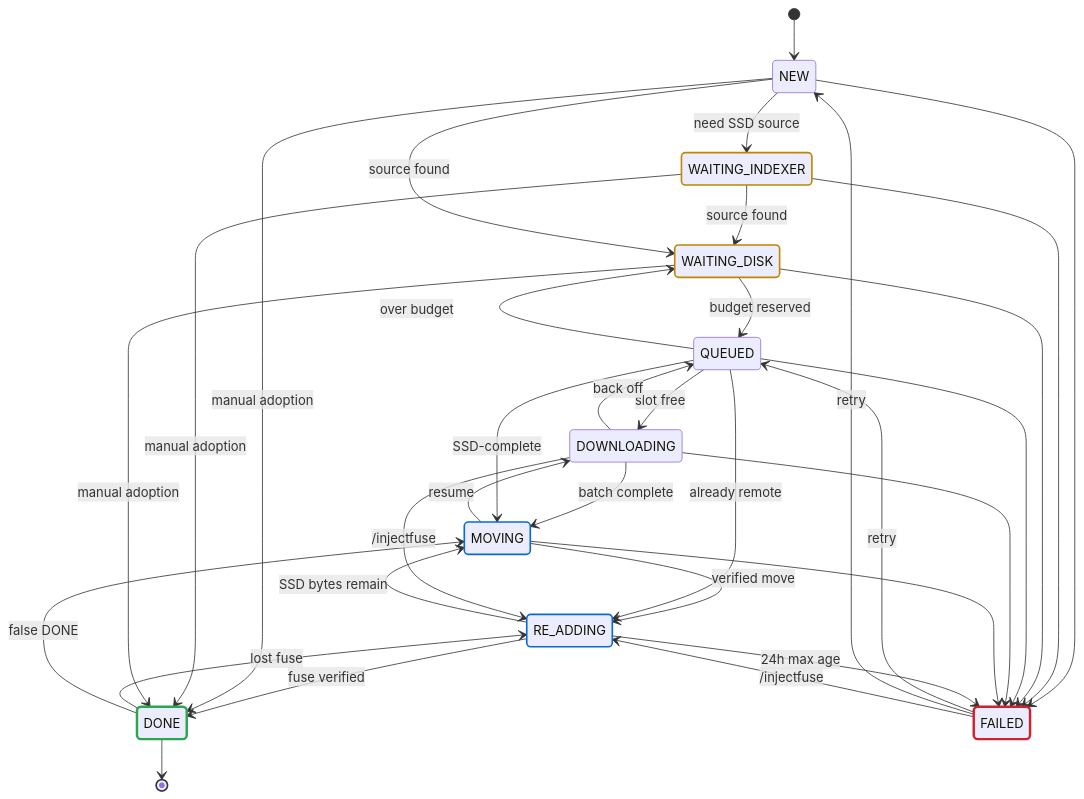
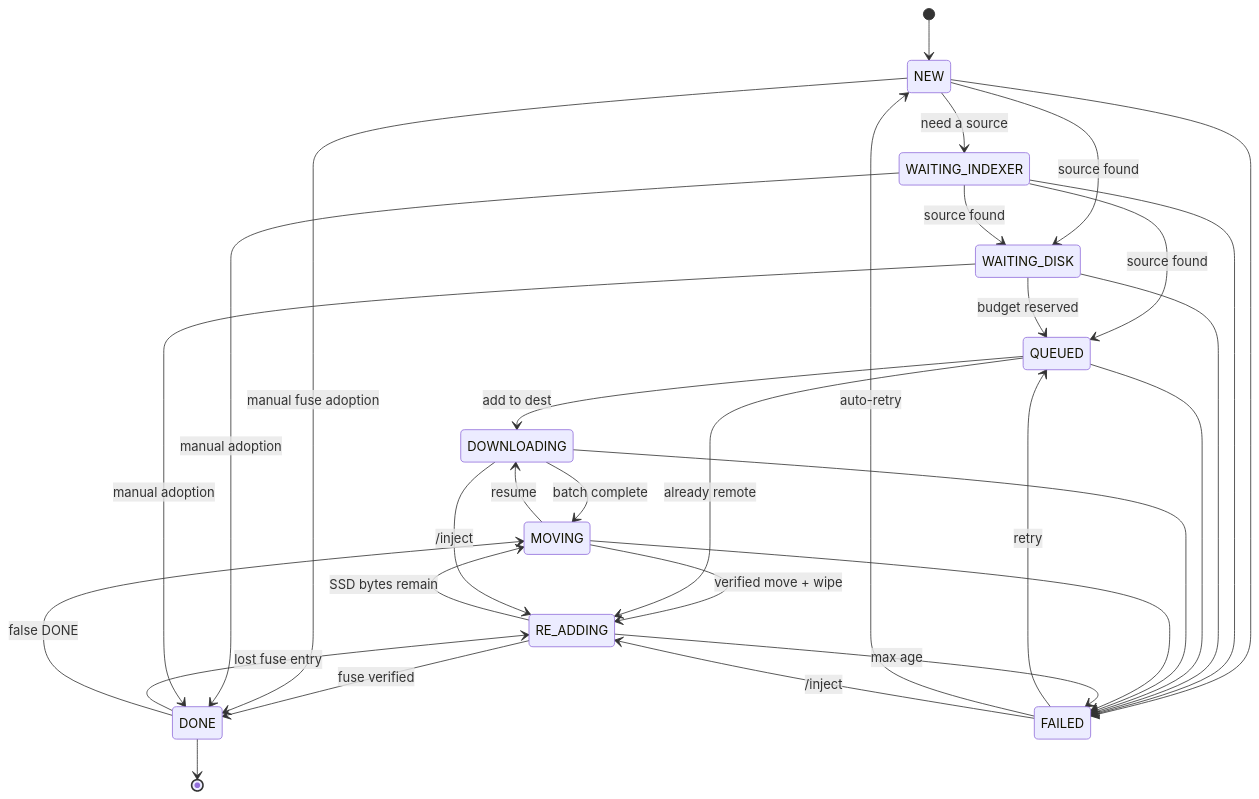
One commit to xdhiru/racing-sync changed the diagram in docs/architecture.md. Above: the diagram before and after it, drawn with Mermaid. The commit also changed other lines of this file and 3 other files, not shown here.

First line of the commit message:
docs: refresh the README and architecture to the current state

````diff
--- a/docs/architecture.md
+++ b/docs/architecture.md
@@ -59,50 +47,35 @@
 ```mermaid
 stateDiagram-v2
     direction TB
-
     [*] --> NEW
-    NEW --> WAITING_INDEXER : need SSD source
+    NEW --> WAITING_INDEXER : need a source
+    NEW --> WAITING_DISK : source found
     WAITING_INDEXER --> WAITING_DISK : source found
-    NEW --> WAITING_DISK : source found
+    WAITING_INDEXER --> QUEUED : source found
     WAITING_DISK --> QUEUED : budget reserved
-    QUEUED --> DOWNLOADING : slot free
+    QUEUED --> DOWNLOADING : add to dest
     DOWNLOADING --> MOVING : batch complete
-    MOVING --> RE_ADDING : verified move
+    MOVING --> RE_ADDING : verified move + wipe
     RE_ADDING --> DONE : fuse verified
     DONE --> [*]
 
-    NEW --> DONE : manual adoption
+    NEW --> DONE : manual fuse adoption
     WAITING_INDEXER --> DONE : manual adoption
     WAITING_DISK --> DONE : manual adoption
     QUEUED --> RE_ADDING : already remote
-    QUEUED --> MOVING : SSD-complete
-    DOWNLOADING --> RE_ADDING : /injectfuse
     MOVING --> DOWNLOADING : resume
-    DOWNLOADING --> QUEUED : back off
-    QUEUED --> WAITING_DISK : over budget
     RE_ADDING --> MOVING : SSD bytes remain
-    DONE --> RE_ADDING : lost fuse
+    DONE --> RE_ADDING : lost fuse entry
     DONE --> MOVING : false DONE
-
+    DOWNLOADING --> RE_ADDING : /inject
+    FAILED --> QUEUED : retry
+    FAILED --> NEW : auto-retry
+    FAILED --> RE_ADDING : /inject
     NEW --> FAILED
     WAITING_INDEXER --> FAILED
     WAITING_DISK --> FAILED
     QUEUED --> FAILED
     DOWNLOADING --> FAILED
     MOVING --> FAILED
-    RE_ADDING --> FAILED : 24h max age
-    FAILED --> QUEUED : retry
-    FAILED --> NEW : retry
-    FAILED --> RE_ADDING : /injectfuse
-
-    classDef doneStyle stroke:#2da44e,stroke-width:3px
-    classDef failedStyle stroke:#cf222e,stroke-width:3px
-    classDef waitStyle stroke:#bf8700,stroke-width:2px
-    classDef moveStyle stroke:#0969da,stroke-width:2px
-    class DONE doneStyle
-    class FAILED failedStyle
-    class WAITING_INDEXER waitStyle
-    class WAITING_DISK waitStyle
-    class MOVING moveStyle
-    class RE_ADDING moveStyle
+    RE_ADDING --> FAILED : max age
 ```
````
